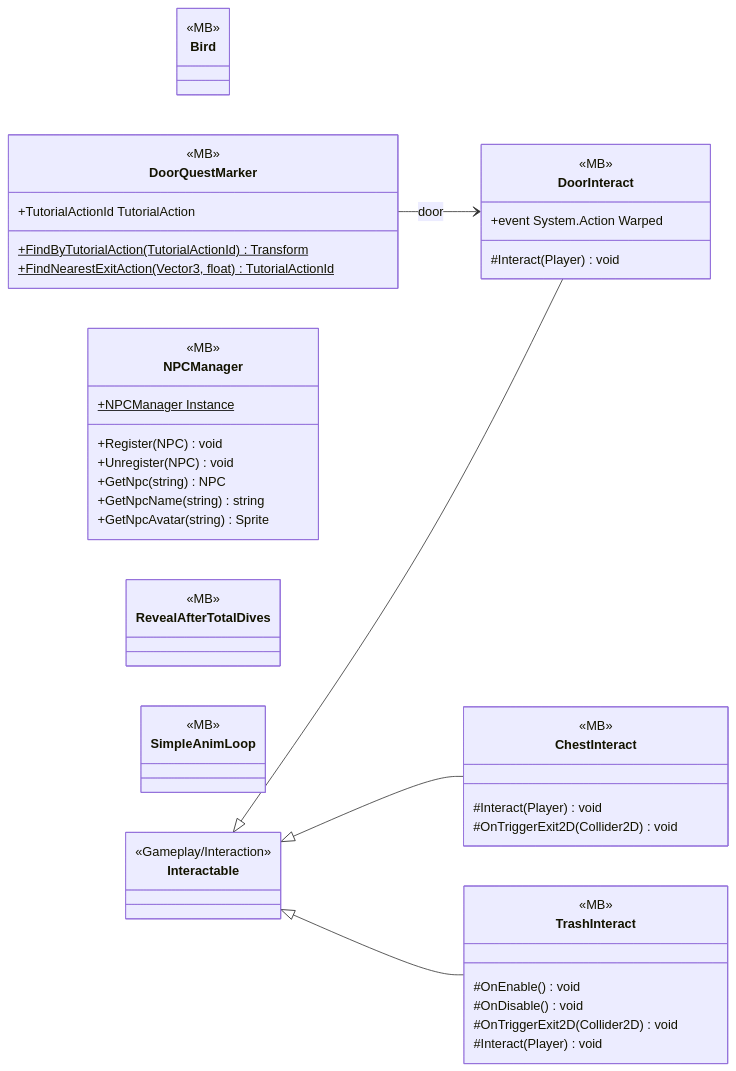
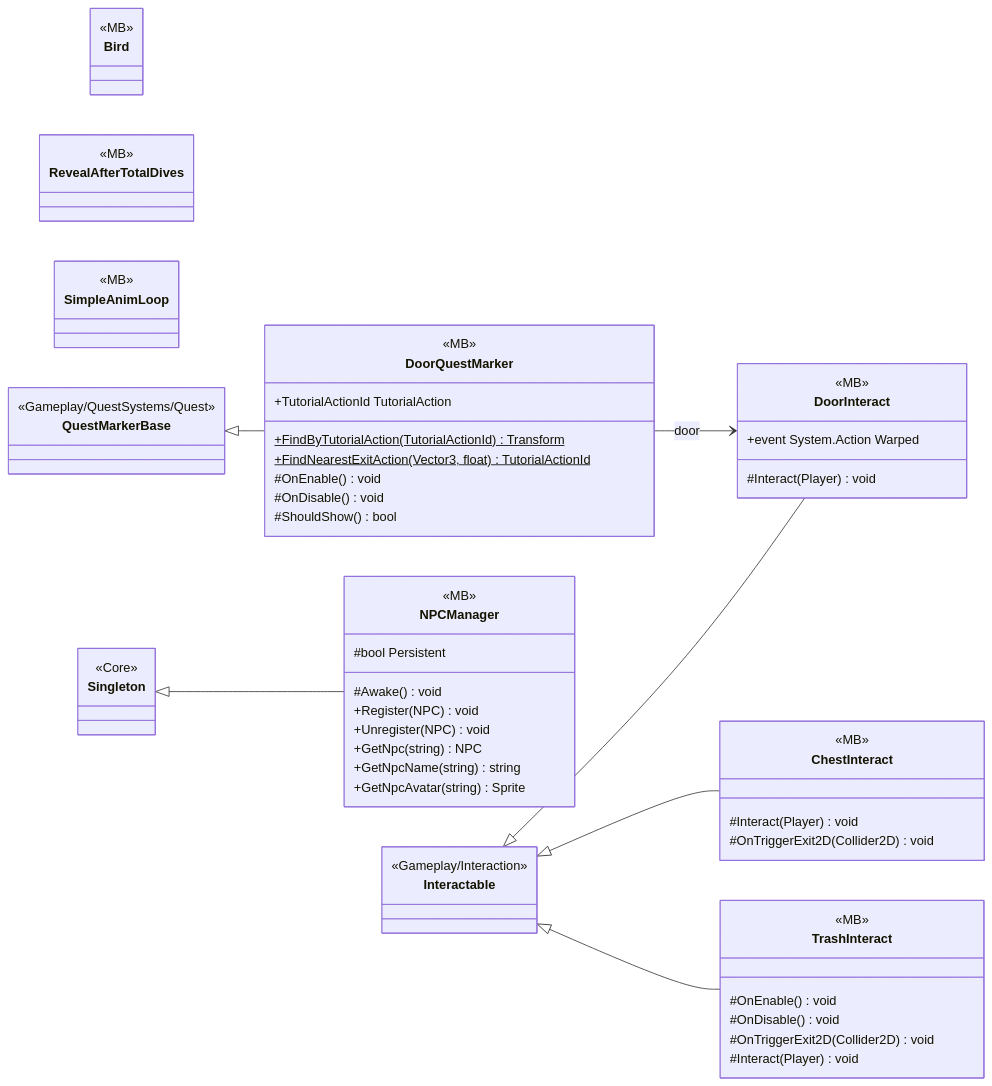
The diagram in docs/uml/modules/Gameplay_Environments.md (PhumipatWave/project-ocean), drawn with Mermaid before and after one commit. The commit also changed other lines of this file and 71 other files, not shown here.

Commit message:
Update UML diagrams

````diff
--- a/docs/uml/modules/Gameplay_Environments.md
+++ b/docs/uml/modules/Gameplay_Environments.md
@@ -7,52 +7,64 @@
 ```mermaid
 classDiagram
   direction LR
   class Bird {
     <<MB>>
   }
   class ChestInteract {
     <<MB>>
     #Interact(Player) void
     #OnTriggerExit2D(Collider2D) void
   }
   class DoorInteract {
     <<MB>>
     +event System.Action Warped
     #Interact(Player) void
   }
   class DoorQuestMarker {
     <<MB>>
     +TutorialActionId TutorialAction
     +FindByTutorialAction(TutorialActionId)$ Transform
     +FindNearestExitAction(Vector3, float)$ TutorialActionId
+    #OnEnable() void
+    #OnDisable() void
+    #ShouldShow() bool
   }
   class NPCManager {
     <<MB>>
-    +NPCManager Instance$
+    #bool Persistent
+    #Awake() void
     +Register(NPC) void
     +Unregister(NPC) void
     +GetNpc(string) NPC
     +GetNpcName(string) string
     +GetNpcAvatar(string) Sprite
   }
   class RevealAfterTotalDives {
     <<MB>>
   }
   class SimpleAnimLoop {
     <<MB>>
   }
   class TrashInteract {
     <<MB>>
     #OnEnable() void
     #OnDisable() void
     #OnTriggerExit2D(Collider2D) void
     #Interact(Player) void
   }
   class Interactable {
     <<Gameplay/Interaction>>
   }
+  class QuestMarkerBase {
+    <<Gameplay/QuestSystems/Quest>>
+  }
+  class Singleton {
+    <<Core>>
+  }
   DoorQuestMarker --> DoorInteract : door
   Interactable <|-- ChestInteract
   Interactable <|-- DoorInteract
   Interactable <|-- TrashInteract
+  QuestMarkerBase <|-- DoorQuestMarker
+  Singleton <|-- NPCManager
 ```
````
